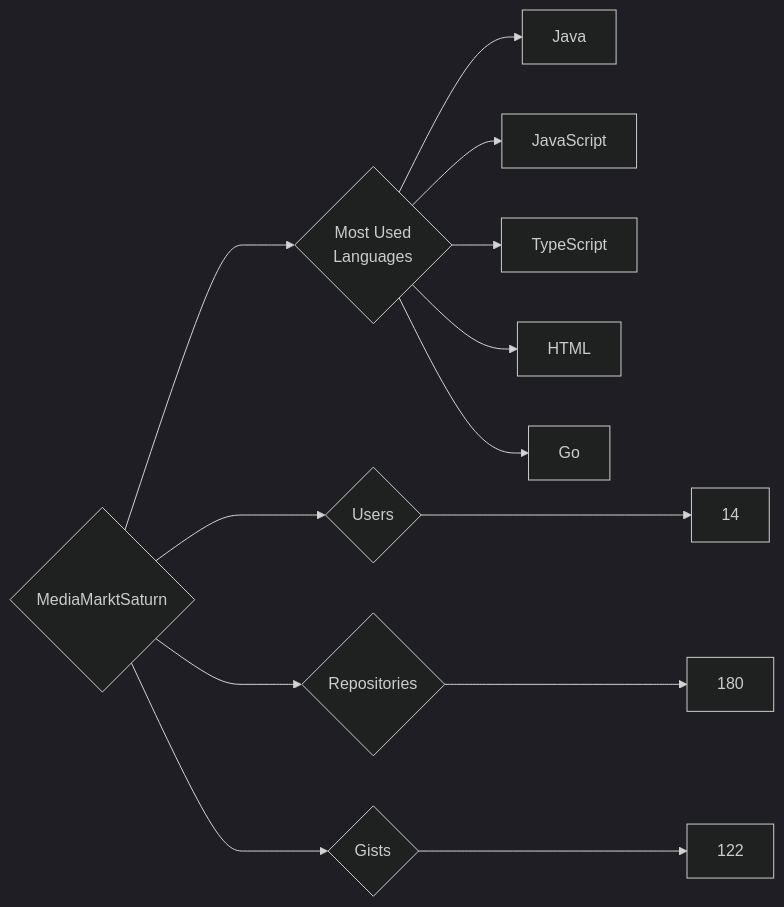
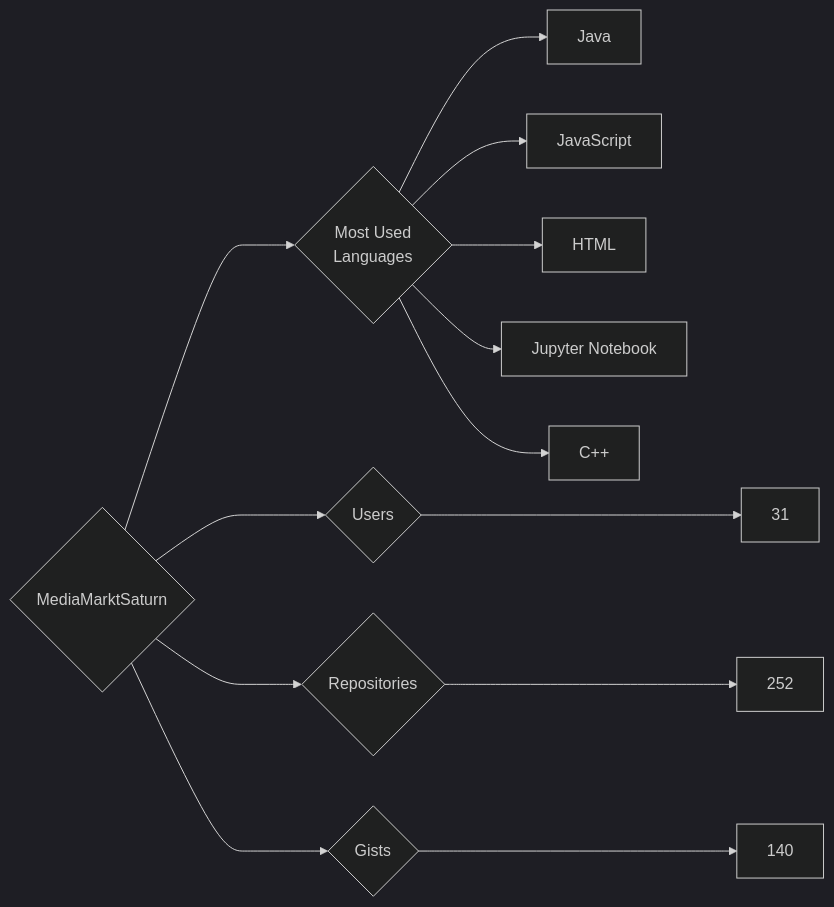
One commit to trickest/insiders changed the diagram in targets/MediaMarktSaturn/README.md. Above: the diagram before and after it, drawn with Mermaid (dark theme). The commit also changed 748 other files, not shown here.

````diff
--- a/targets/MediaMarktSaturn/README.md
+++ b/targets/MediaMarktSaturn/README.md
@@ -3,13 +3,13 @@
 ```mermaid
 graph LR
 COMPANY_NAME{MediaMarktSaturn}
-COMPANY_NAME ---> U{Users} ---> UN[14]
-COMPANY_NAME ---> R{Repositories} ---> RN[180]
-COMPANY_NAME ---> G{Gists} ---> GN[122]
+COMPANY_NAME ---> U{Users} ---> UN[31]
+COMPANY_NAME ---> R{Repositories} ---> RN[252]
+COMPANY_NAME ---> G{Gists} ---> GN[140]
 COMPANY_NAME ---> ML{Most Used<br>Languages}
 ML --> Java[Java]
 ML --> JavaScript[JavaScript]
-ML --> TypeScript[TypeScript]
 ML --> HTML[HTML]
-ML --> Go[Go]
+ML --> Jupyter_Notebook[Jupyter Notebook]
+ML --> C++[C++]
 ```
````
